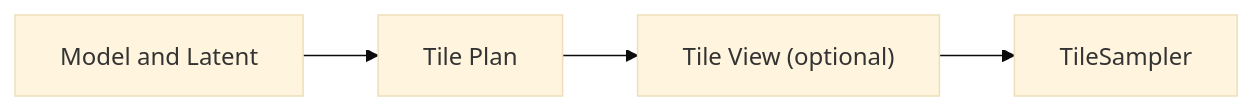
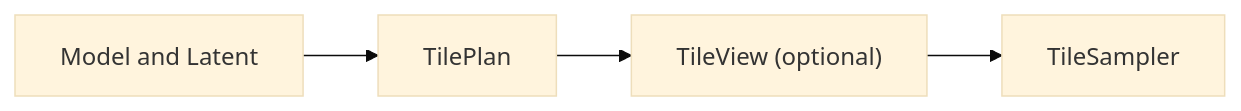
Before and after one commit to lany42/tiled-diffusion-ng: the diagram in README.md, drawn with Mermaid (base theme). The commit also changed other lines of this file and 1 other file, not shown here.

````diff
--- a/README.md
+++ b/README.md
@@ -32,4 +32,4 @@
 ```mermaid
 flowchart LR
-    A[Model and Latent] --> B[Tile Plan] --> C["Tile View (optional)"] --> D[TileSampler]
+    A[Model and Latent] --> B[TilePlan] --> C["TileView (optional)"] --> D[TileSampler]
 ```
````
